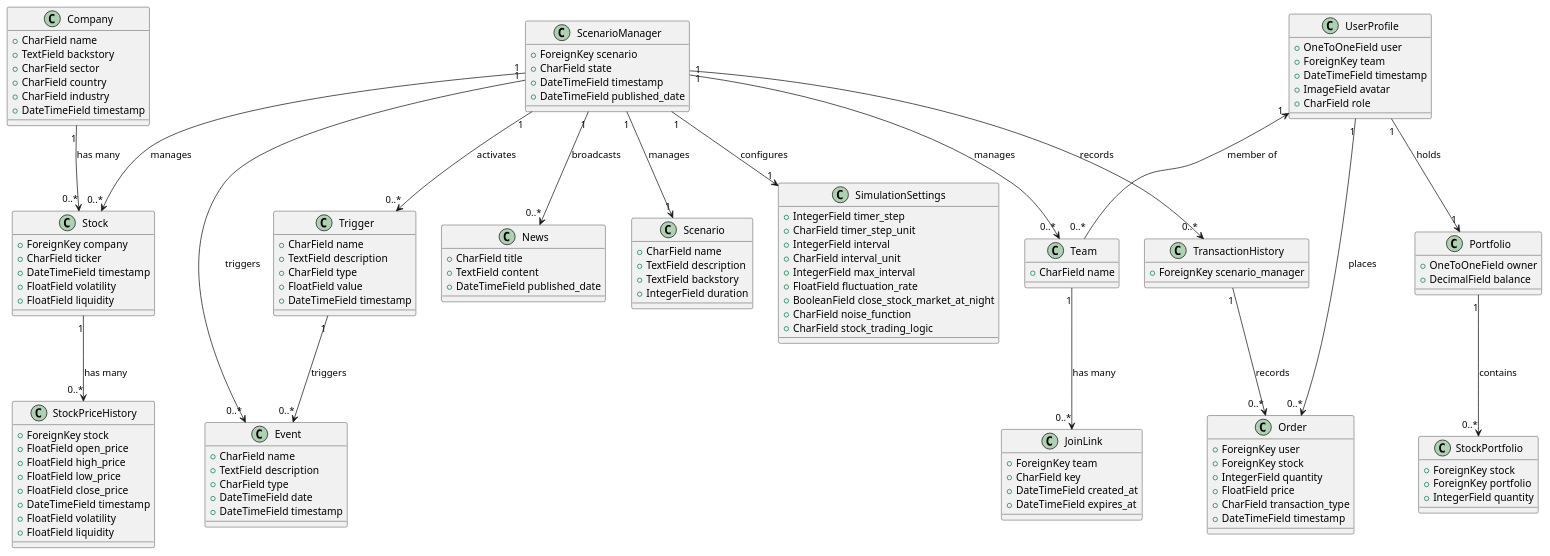
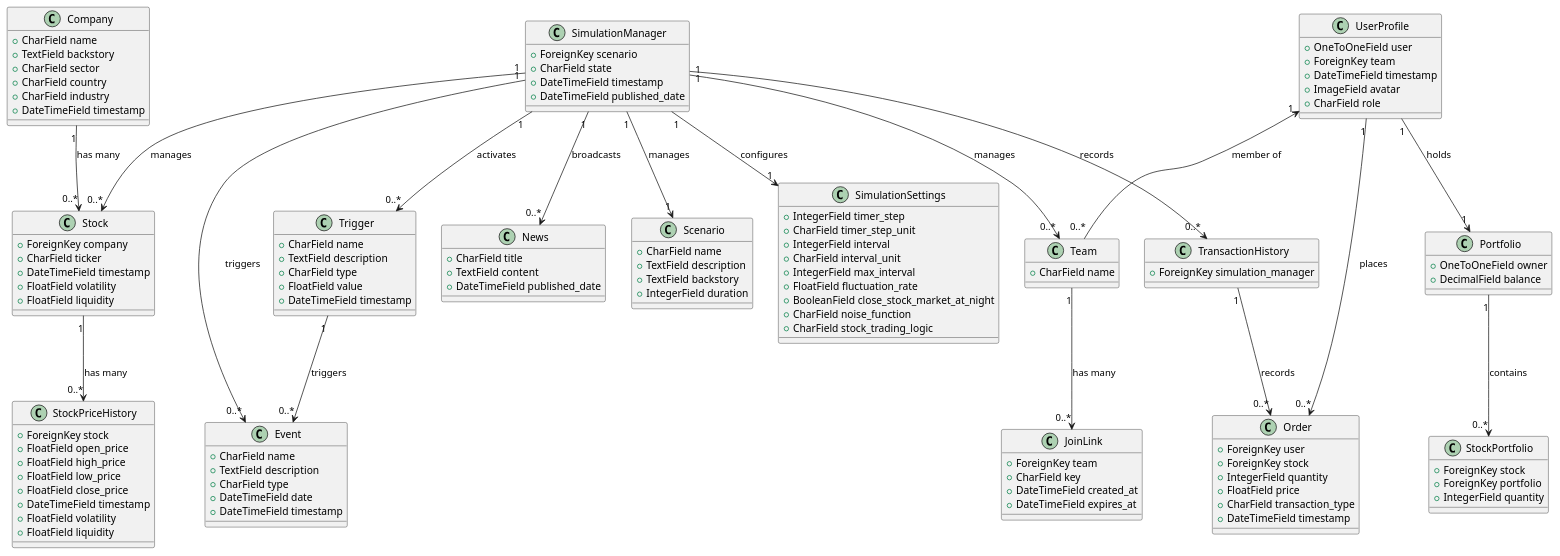
One commit to AlgoETS/Simulateur changed the diagram in docs/diagrams/db_updated.plantuml. Above: the diagram before and after it, drawn with PlantUML. The commit also changed 32 other files, not shown here.

```diff
--- a/docs/diagrams/db_updated.plantuml
+++ b/docs/diagrams/db_updated.plantuml
@@ -1,139 +1,139 @@
 @startuml
 class Company {
     +CharField name
     +TextField backstory
     +CharField sector
     +CharField country
     +CharField industry
     +DateTimeField timestamp
 }
 
 class Event {
     +CharField name
     +TextField description
     +CharField type
     +DateTimeField date
     +DateTimeField timestamp
 }
 
 class News {
     +CharField title
     +TextField content
     +DateTimeField published_date
 }
 
 class Portfolio {
     +OneToOneField owner
     +DecimalField balance
 }
 
 class StockPortfolio {
     +ForeignKey stock
     +ForeignKey portfolio
     +IntegerField quantity
 }
 
 class Scenario {
     +CharField name
     +TextField description
     +TextField backstory
     +IntegerField duration
 }
 
-class ScenarioManager {
+class SimulationManager {
     +ForeignKey scenario
     +CharField state
     +DateTimeField timestamp
     +DateTimeField published_date
 }
 
 class SimulationSettings {
     +IntegerField timer_step
     +CharField timer_step_unit
     +IntegerField interval
     +CharField interval_unit
     +IntegerField max_interval
     +FloatField fluctuation_rate
     +BooleanField close_stock_market_at_night
     +CharField noise_function
     +CharField stock_trading_logic
 }
 
 class Stock {
     +ForeignKey company
     +CharField ticker
     +DateTimeField timestamp
     +FloatField volatility
     +FloatField liquidity
 }
 
 class StockPriceHistory {
     +ForeignKey stock
     +FloatField open_price
     +FloatField high_price
     +FloatField low_price
     +FloatField close_price
     +DateTimeField timestamp
     +FloatField volatility
     +FloatField liquidity
 }
 
 class Team {
     +CharField name
 }
 
 class JoinLink {
     +ForeignKey team
     +CharField key
     +DateTimeField created_at
     +DateTimeField expires_at
 }
 
 class TransactionHistory {
-    +ForeignKey scenario_manager
+    +ForeignKey simulation_manager
 }
 
 class Order {
     +ForeignKey user
     +ForeignKey stock
     +IntegerField quantity
     +FloatField price
     +CharField transaction_type
     +DateTimeField timestamp
 }
 
 class Trigger {
     +CharField name
     +TextField description
     +CharField type
     +FloatField value
     +DateTimeField timestamp
 }
 
 class UserProfile {
     +OneToOneField user
     +ForeignKey team
     +DateTimeField timestamp
     +ImageField avatar
     +CharField role
 }
 
 ' Relationships
 Company "1" --> "0..*" Stock : "has many"
 Stock "1" --> "0..*" StockPriceHistory : "has many"
-ScenarioManager "1" --> "1" Scenario : "manages"
-ScenarioManager "1" --> "1" SimulationSettings : "configures"
-ScenarioManager "1" --> "0..*" Stock : "manages"
-ScenarioManager "1" --> "0..*" Team : "manages"
-ScenarioManager "1" --> "0..*" Event : "triggers"
-ScenarioManager "1" --> "0..*" Trigger : "activates"
-ScenarioManager "1" --> "0..*" News : "broadcasts"
+SimulationManager "1" --> "1" Scenario : "manages"
+SimulationManager "1" --> "1" SimulationSettings : "configures"
+SimulationManager "1" --> "0..*" Stock : "manages"
+SimulationManager "1" --> "0..*" Team : "manages"
+SimulationManager "1" --> "0..*" Event : "triggers"
+SimulationManager "1" --> "0..*" Trigger : "activates"
+SimulationManager "1" --> "0..*" News : "broadcasts"
 Team "1" --> "0..*" JoinLink : "has many"
 Portfolio "1" --> "0..*" StockPortfolio : "contains"
 UserProfile "1" --> "0..*" Order : "places"
 TransactionHistory "1" --> "0..*" Order : "records"
 Trigger "1" --> "0..*" Event : "triggers"
 UserProfile "1" --> "1" Portfolio : "holds"
 UserProfile "1" <-- "0..*" Team : "member of"
-ScenarioManager "1" --> "0..*" TransactionHistory : "records"
+SimulationManager "1" --> "0..*" TransactionHistory : "records"
 @enduml
```
